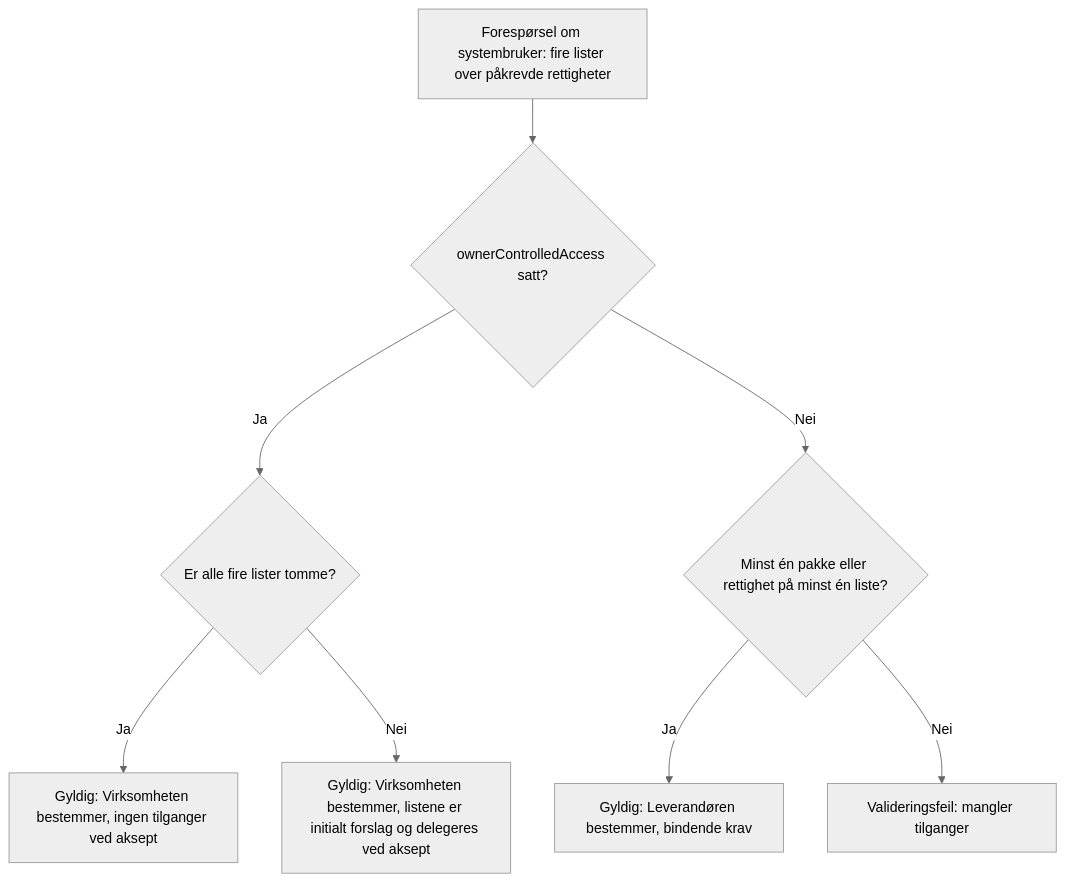
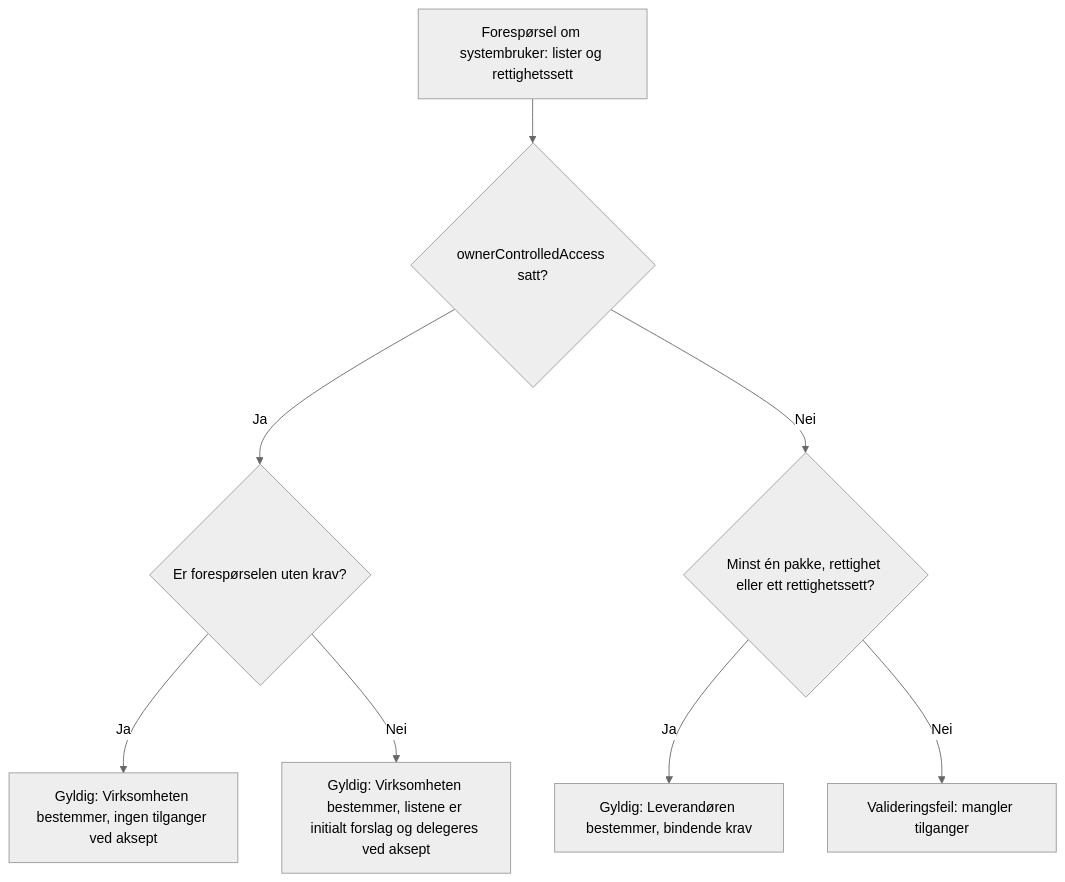
One commit to Altinn/altinn-studio-docs changed the second of 6 diagrams in content/authorization/guides/system-vendor/system-user/beslutningstre.nb.md. Above: the diagram before and after it, drawn with Mermaid (neutral theme). The commit also changed other lines of this file and 2 other files, not shown here.

First line of the commit message:
docs: describe prioritized access sets for system users (#3292)

```diff
--- a/content/authorization/guides/system-vendor/system-user/beslutningstre.nb.md
+++ b/content/authorization/guides/system-vendor/system-user/beslutningstre.nb.md
@@ -41,10 +41,10 @@
 {{< mermaid >}}
 graph TD
-  REQUEST["Forespørsel om systembruker: fire lister over påkrevde rettigheter"] --> FLAG{"ownerControlledAccess satt?"}
-  FLAG -->|Ja| EMPTY{"Er alle fire lister tomme?"}
+  REQUEST["Forespørsel om systembruker: lister og rettighetssett"] --> FLAG{"ownerControlledAccess satt?"}
+  FLAG -->|Ja| EMPTY{"Er forespørselen uten krav?"}
   EMPTY -->|Ja| FREE["Gyldig: Virksomheten bestemmer, ingen tilganger ved aksept"]
   EMPTY -->|Nei| PROPOSAL["Gyldig: Virksomheten bestemmer, listene er initialt forslag og delegeres ved aksept"]
-  FLAG -->|Nei| CONTENT{"Minst én pakke eller rettighet på minst én liste?"}
+  FLAG -->|Nei| CONTENT{"Minst én pakke, rettighet eller ett rettighetssett?"}
   CONTENT -->|Ja| PRESET["Gyldig: Leverandøren bestemmer, bindende krav"]
   CONTENT -->|Nei| ERROR2["Valideringsfeil: mangler tilganger"]
 {{< /mermaid >}}
```
